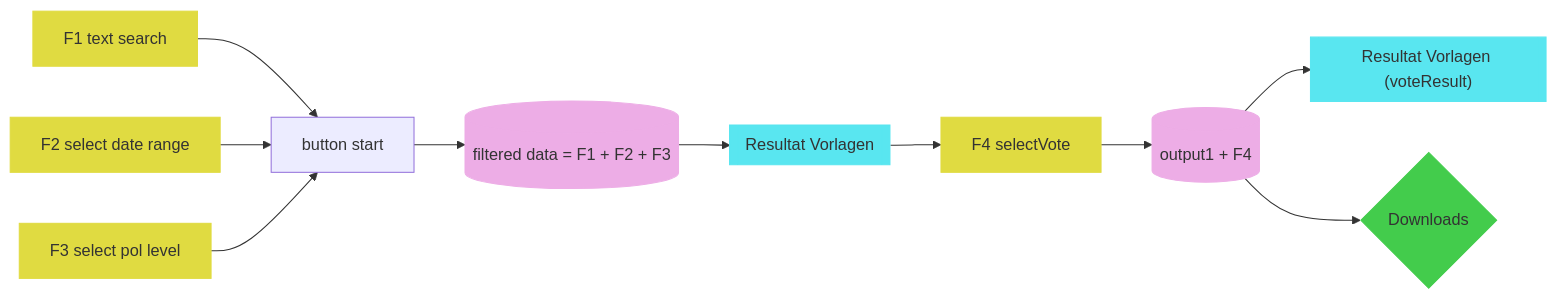
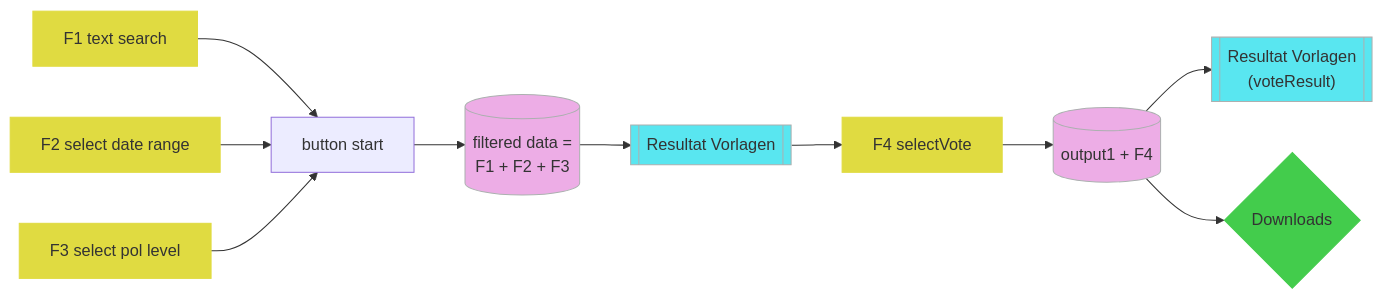
The diagram in README.md (StatistikStadtZuerich/ABDA), drawn with Mermaid before and after one commit.

Commit message:
Update README.md
improve styling

````diff
--- a/README.md
+++ b/README.md
@@ -6,17 +6,17 @@
 ```mermaid
 flowchart LR;
   f1[F1 text search]:::filter --> button[button start]
   f2[F2 select date range]:::filter --> button
   f3[F3 select pol level]:::filter --> button
-  button --> output1[(filtered data = F1 + F2 + F3)]:::data
+  button --> output1[(filtered data = \nF1 + F2 + F3)]:::data
   output1 --> results1[[Resultat Vorlagen]]:::result
   results1 --> f4[F4 selectVote]:::filter
   f4 --> output2[(output1 + F4)]:::data
-  output2 --> results2[["Resultat Vorlagen (voteResult)"]]:::result
+  output2 --> results2[["Resultat Vorlagen \n(voteResult)"]]:::result
   output2 --> downloads{Downloads}:::download
   
   classDef filter fill:#e0db41,stroke:#e0db41;
-  classDef data fill:#edade6,stroke:#edade6;
-  classDef result fill:#59e6f0,stroke:#59e6f0;
+  classDef data fill:#edade6,stroke:#acb0b0;
+  classDef result fill:#59e6f0,stroke:#acb0b0;
   classDef download fill:#43cc4c,stroke:#43cc4c;
 ```
````
